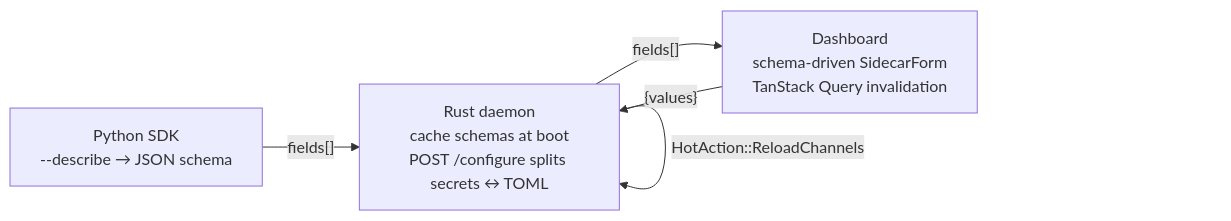
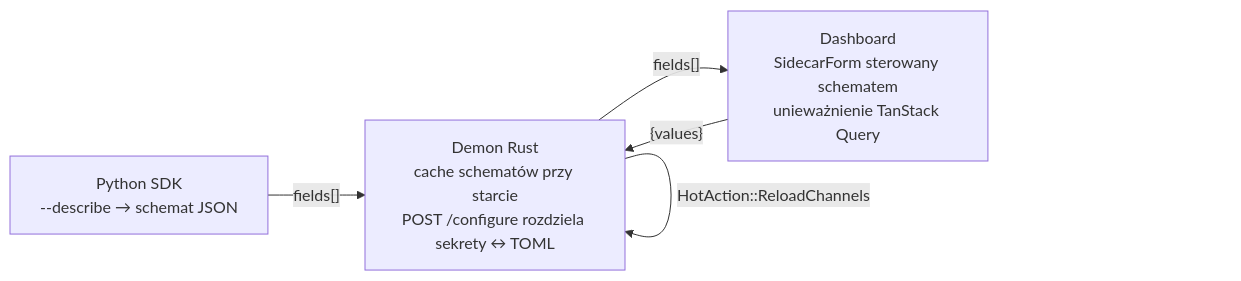
The diagram in docs-plans.md (leszek3737/librefang-WIki), drawn with Mermaid before and after one commit. The commit also changed other lines of this file and 104 other files, not shown here.

````diff
--- a/docs-plans.md
+++ b/docs-plans.md
@@ -60,10 +60,10 @@
 ```mermaid
 flowchart LR
-  SDK["Python SDK<br/>--describe → JSON schema"]
-  API["Rust daemon<br/>cache schemas at boot<br/>POST /configure splits secrets ↔ TOML"]
-  UI["Dashboard<br/>schema-driven SidecarForm<br/>TanStack Query invalidation"]
+  SDK["Python SDK<br/>--describe → schemat JSON"]
+  API["Demon Rust<br/>cache schematów przy starcie<br/>POST /configure rozdziela sekrety ↔ TOML"]
+  UI["Dashboard<br/>SidecarForm sterowany schematem<br/>unieważnienie TanStack Query"]
   SDK -- "fields[]" --> API
   API -- "fields[]" --> UI
   UI -- "{values}" --> API
   API -- "HotAction::ReloadChannels" --> API
 ```
````
